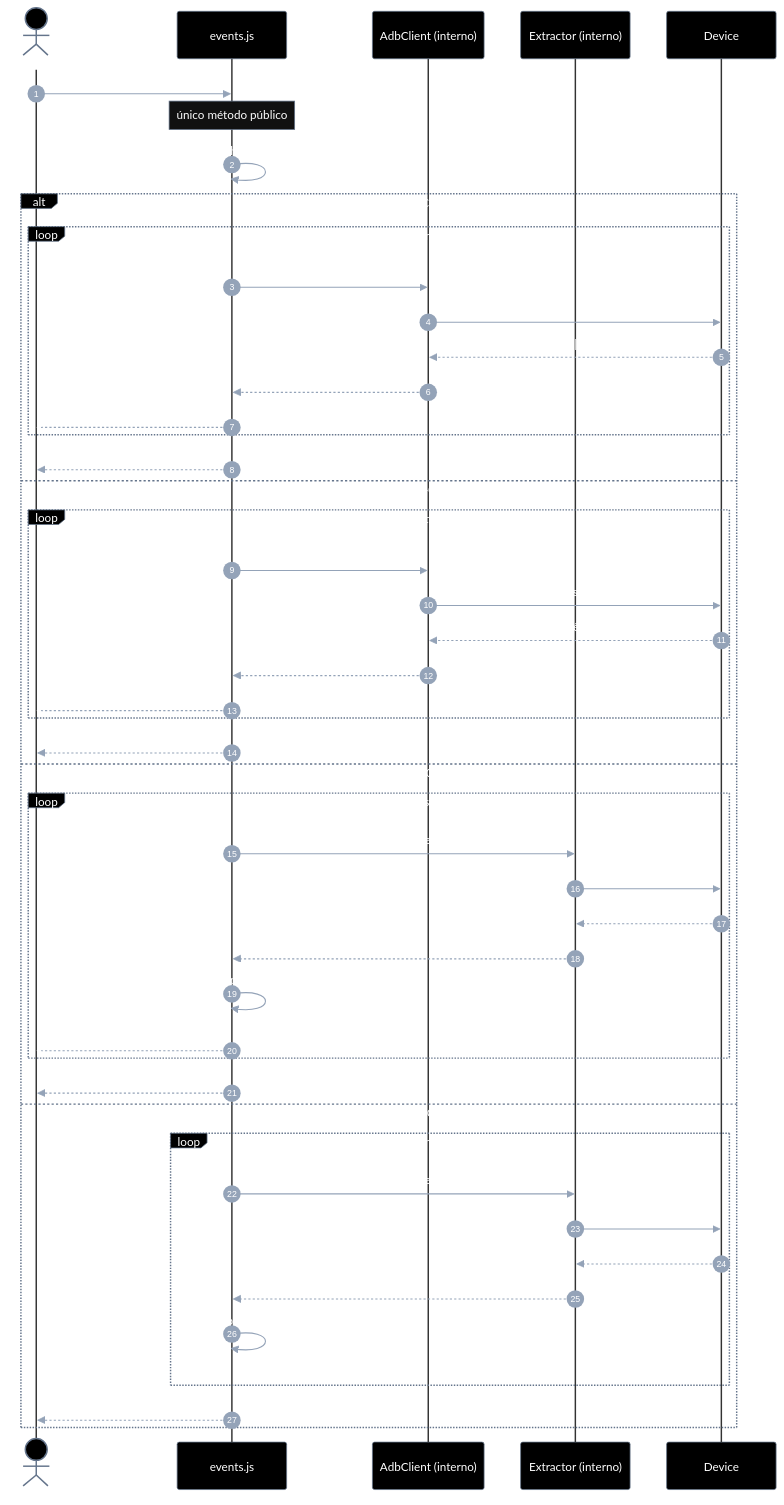
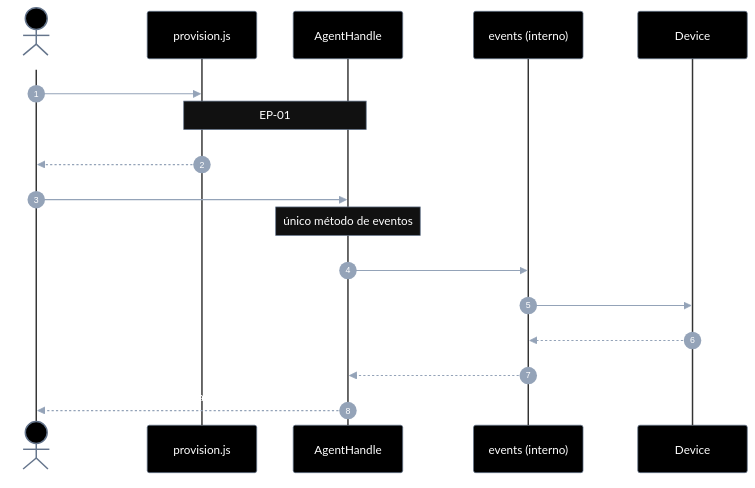
One commit to laerciogermano/workstation changed the first of 2 diagrams in connectmax/screen-robot/implementation-plan/EP-02-eventos-de-ui.md. Above: the diagram before and after it, drawn with Mermaid. The commit also changed other lines of this file and 5 other files, not shown here.

First line of the commit message:
Coloca on no AgentHandle: EP-02 exige provisionar antes e usar handle.on.

````diff
--- a/connectmax/screen-robot/implementation-plan/EP-02-eventos-de-ui.md
+++ b/connectmax/screen-robot/implementation-plan/EP-02-eventos-de-ui.md
@@ -112,51 +115,20 @@
 sequenceDiagram
   autonumber
   actor Dev as Caller / CLI
-  participant Lib as events.js
-  participant A as AdbClient (interno)
-  participant X as Extractor (interno)
+  participant P as provision.js
+  participant H as AgentHandle
+  participant E as events (interno)
   participant D as Device
 
-  Dev->>Lib: on(event, opts)
-  note over Lib: único método público
-  Lib->>Lib: dispatch(event)
+  Dev->>P: provisionEmulator(cfg)
+  note over P,H: EP-01
+  P-->>Dev: handle { serial, on, ... }
 
-  alt event = boot (SC-04)
-    loop até boot=1 ou timeout
-      Lib->>A: getprop sys.boot_completed
-      A->>D: adb shell getprop
-      D-->>A: "0"|"1"
-      A-->>Lib: prop
-      Lib--)Dev: onEvent(boot_poll)
-    end
-    Lib-->>Dev: { boot: true }
-  else event = app_open (SC-05)
-    loop até foreground ou timeout
-      Lib->>A: dumpsys / pidof pkg
-      A->>D: adb shell
-      D-->>A: evidência
-      A-->>Lib: fg?
-      Lib--)Dev: onEvent(app_poll)
-    end
-    Lib-->>Dev: { foreground: true, package }
-  else event = ui_stable (SC-06)
-    loop até estável por stableMs ou timeout
-      Lib->>X: dumpUiXml(serial)
-      X->>D: uiautomator dump
-      D-->>X: xml
-      X-->>Lib: xml
-      Lib->>Lib: hash == previous?
-      Lib--)Dev: onEvent(ui_stable_poll)
-    end
-    Lib-->>Dev: { stable: true }
-  else event = dump_change (SC-07)
-    loop até hash ≠ previous ou timeout
-      Lib->>X: dumpUiXml(serial)
-      X->>D: uiautomator dump
-      D-->>X: xml
-      X-->>Lib: xml
-      Lib->>Lib: hash ≠ previous?
-    end
-    Lib-->>Dev: { xml, changed: true }
-  end
+  Dev->>H: on(event, opts)
+  note over H: único método de eventos
+  H->>E: on(event, { ...opts, serial })
+  E->>D: poll (boot / fg / dump)
+  D-->>E: evidência
+  E-->>H: UiEventResult
+  H-->>Dev: resultado
 ```
````
